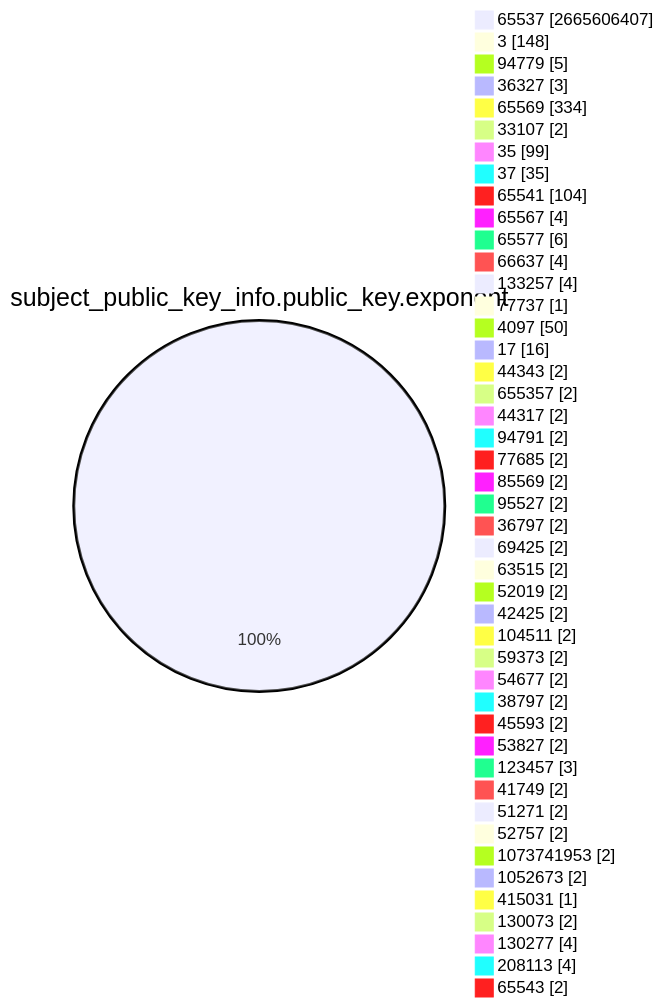
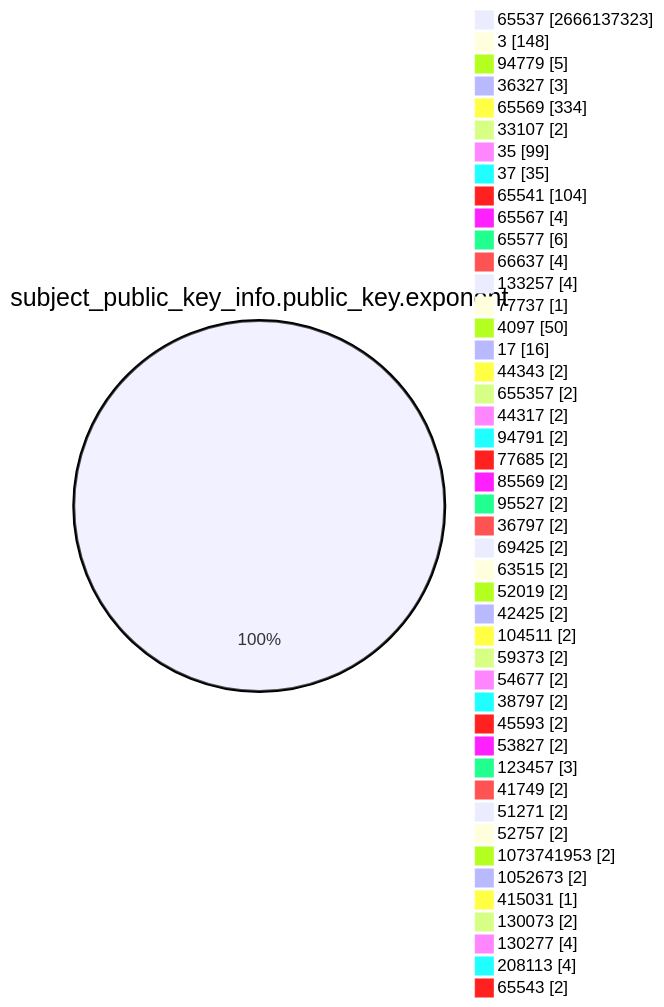
One commit to christiankrug/ctmonitor_visualization changed the fourth of 15 diagrams in TOTAL/README.md. Above: the diagram before and after it, drawn with Mermaid. The commit also changed other lines of this file, not shown here.

````diff
--- a/TOTAL/README.md
+++ b/TOTAL/README.md
@@ -1467,49 +1467,49 @@
 ```mermaid
 pie showData
 title subject_public_key_info.public_key.exponent
-"65537" :2665606407
+"65537" :2666137323
 "3" :148
 "94779" :5
 "36327" :3
 "65569" :334
 "33107" :2
 "35" :99
 "37" :35
 "65541" :104
 "65567" :4
 "65577" :6
 "66637" :4
 "133257" :4
 "77737" :1
 "4097" :50
 "17" :16
 "44343" :2
 "655357" :2
 "44317" :2
 "94791" :2
 "77685" :2
 "85569" :2
 "95527" :2
 "36797" :2
 "69425" :2
 "63515" :2
 "52019" :2
 "42425" :2
 "104511" :2
 "59373" :2
 "54677" :2
 "38797" :2
 "45593" :2
 "53827" :2
 "123457" :3
 "41749" :2
 "51271" :2
 "52757" :2
 "1073741953" :2
 "1052673" :2
 "415031" :1
 "130073" :2
 "130277" :4
 "208113" :4
 "65543" :2
 ```
````
